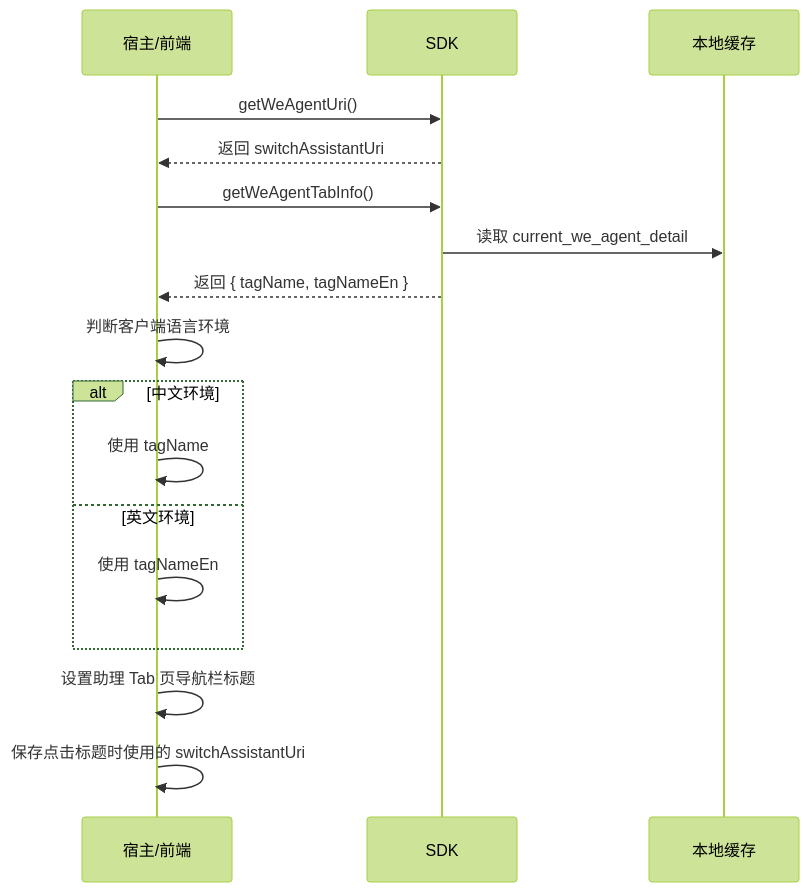
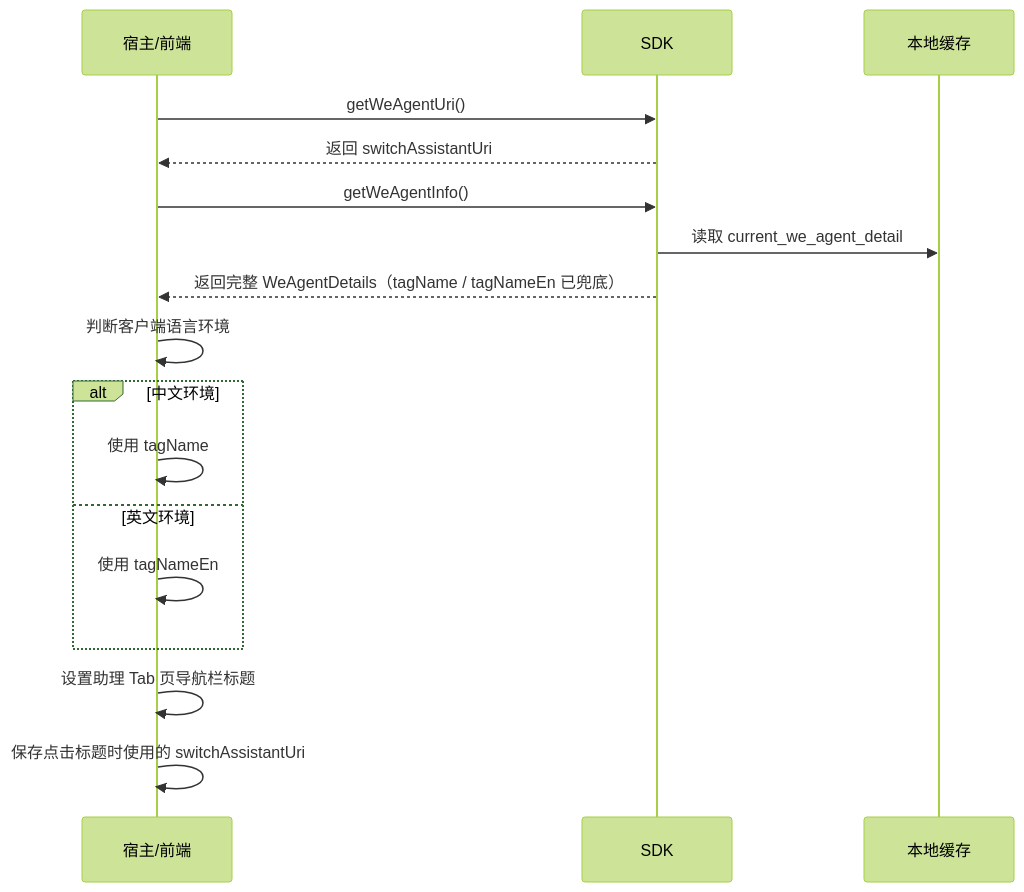
Before and after one commit to Abelsjcheng/skillSDK: the second of 7 diagrams in 2026-06-16-we-agent-tab-business-tag-plan.md, drawn with Mermaid (forest theme). The commit also changed other lines of this file and 10 other files, not shown here.

Commit message:
3端SDK新增getWeAgentInfo

````diff
--- a/2026-06-16-we-agent-tab-business-tag-plan.md
+++ b/2026-06-16-we-agent-tab-business-tag-plan.md
@@ -75,20 +75,20 @@
 ```mermaid
 sequenceDiagram
     participant Host as 宿主/前端
     participant SDK as SDK
     participant Storage as 本地缓存
 
     Host->>SDK: getWeAgentUri()
     SDK-->>Host: 返回 switchAssistantUri
-    Host->>SDK: getWeAgentTabInfo()
+    Host->>SDK: getWeAgentInfo()
     SDK->>Storage: 读取 current_we_agent_detail
-    SDK-->>Host: 返回 { tagName, tagNameEn }
+    SDK-->>Host: 返回完整 WeAgentDetails（tagName / tagNameEn 已兜底）
     Host->>Host: 判断客户端语言环境
     alt 中文环境
         Host->>Host: 使用 tagName
     else 英文环境
         Host->>Host: 使用 tagNameEn
     end
     Host->>Host: 设置助理 Tab 页导航栏标题
     Host->>Host: 保存点击标题时使用的 switchAssistantUri
 ```
````
